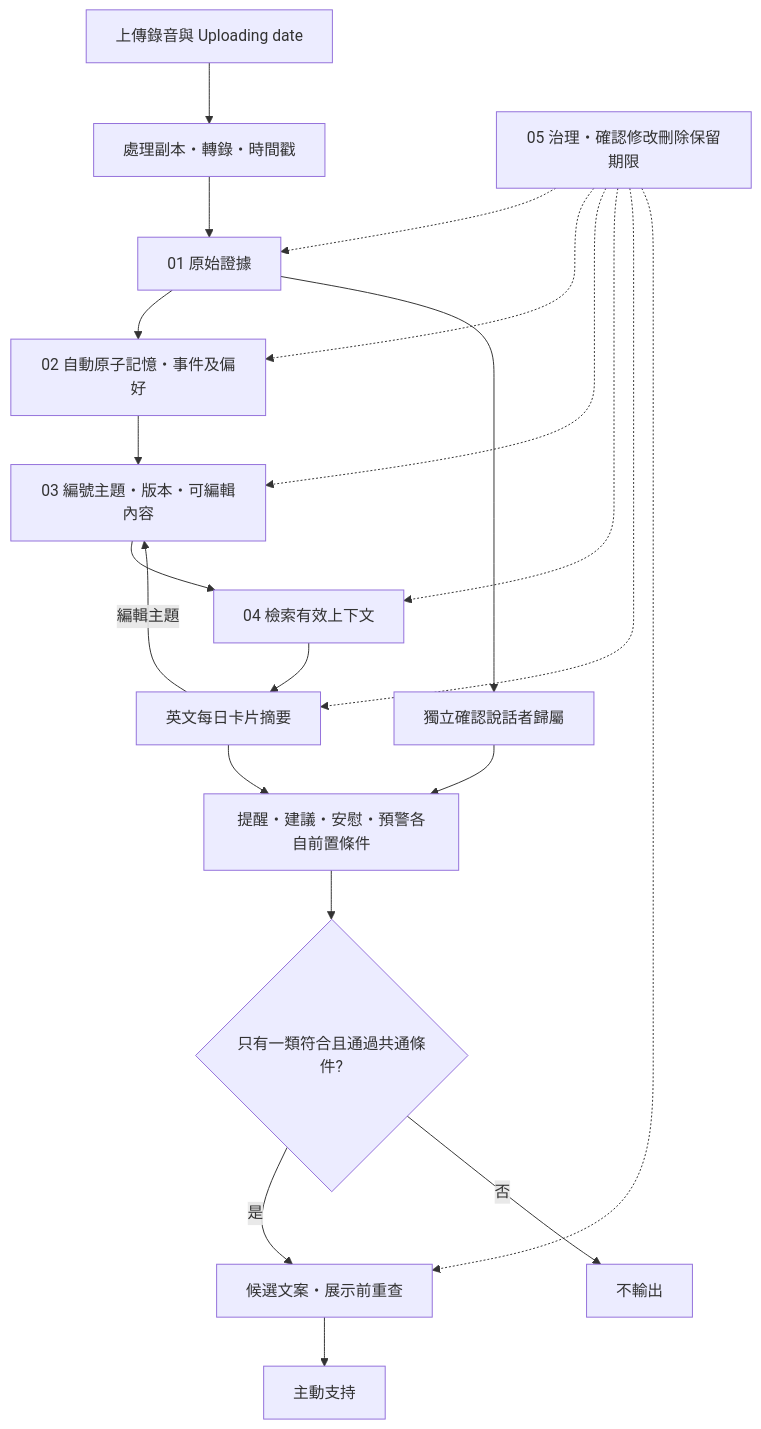
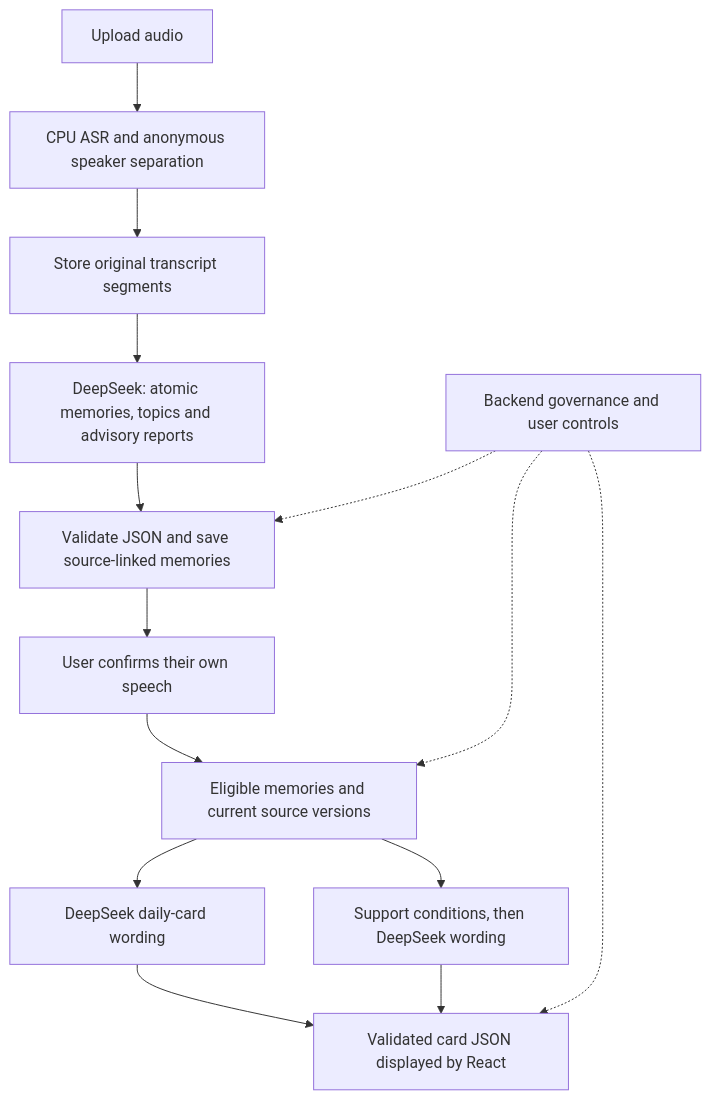
The diagram in README.md (macaqueedmai-wq/Hear-You-Are---Software---Demo), drawn with Mermaid before and after one commit. The commit also changed other lines of this file and 11 other files, not shown here.

````diff
--- a/README.md
+++ b/README.md
@@ -81,23 +32,16 @@
 ```mermaid
 flowchart TD
-  A[上傳錄音與 Uploading date] --> B[處理副本・轉錄・時間戳]
-  B --> C[01 原始證據]
-  C --> E[02 自動原子記憶・事件及偏好]
-  E --> F[03 編號主題・版本・可編輯內容]
-  F --> G[04 檢索有效上下文]
-  G --> H[英文每日卡片摘要]
-  H -->|編輯主題| F
-  H --> I[提醒・建議・安慰・預警各自前置條件]
-  C --> D[獨立確認說話者歸屬]
-  D --> I
-  I --> J{只有一類符合且通過共通條件?}
-  J -->|是| K[候選文案・展示前重查]
-  J -->|否| L[不輸出]
-  K --> M[主動支持]
-  N[05 治理・確認修改刪除保留期限] -.-> C
-  N -.-> E
-  N -.-> F
-  N -.-> G
-  N -.-> H
-  N -.-> K
+    A[Upload audio] --> B[CPU ASR and anonymous speaker separation]
+    B --> C[Store original transcript segments]
+    C --> D[DeepSeek: atomic memories, topics and advisory reports]
+    D --> E[Validate JSON and save source-linked memories]
+    E --> F[User confirms their own speech]
+    F --> G[Eligible memories and current source versions]
+    G --> H[DeepSeek daily-card wording]
+    G --> I[Support conditions, then DeepSeek wording]
+    H --> J[Validated card JSON displayed by React]
+    I --> J
+    K[Backend governance and user controls] -.-> E
+    K -.-> G
+    K -.-> J
 ```
````
